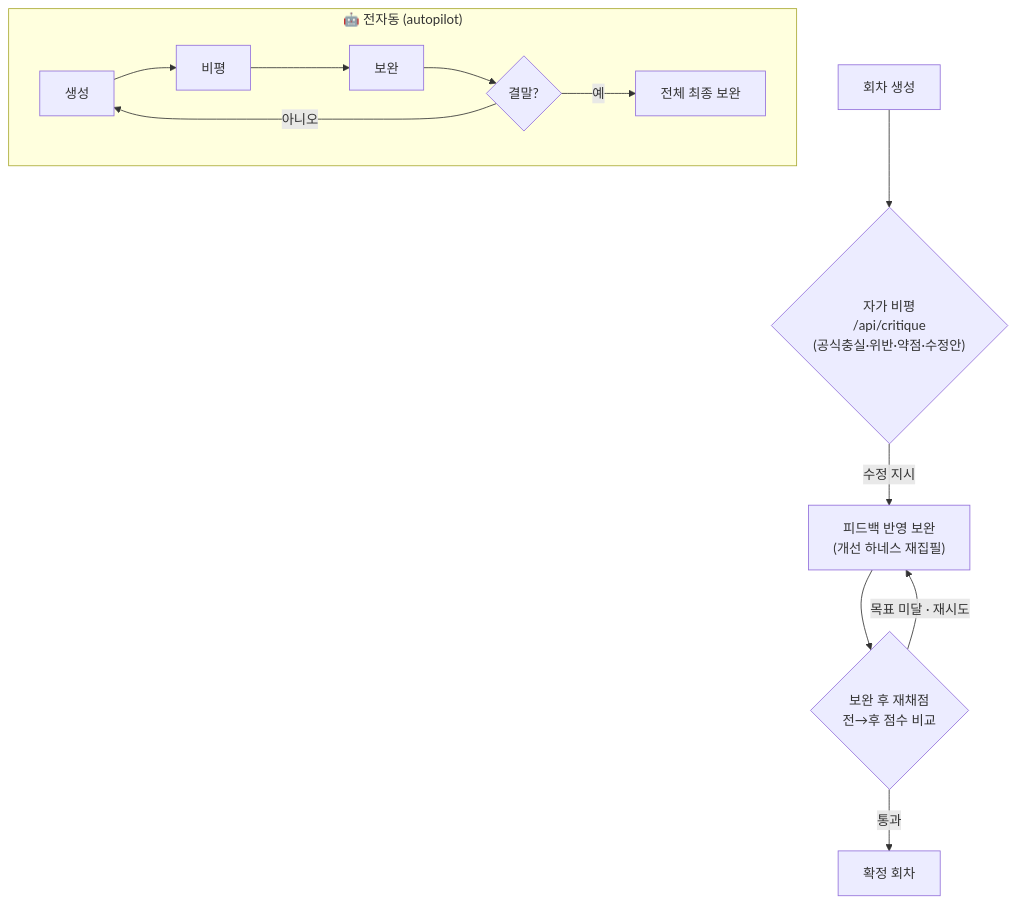
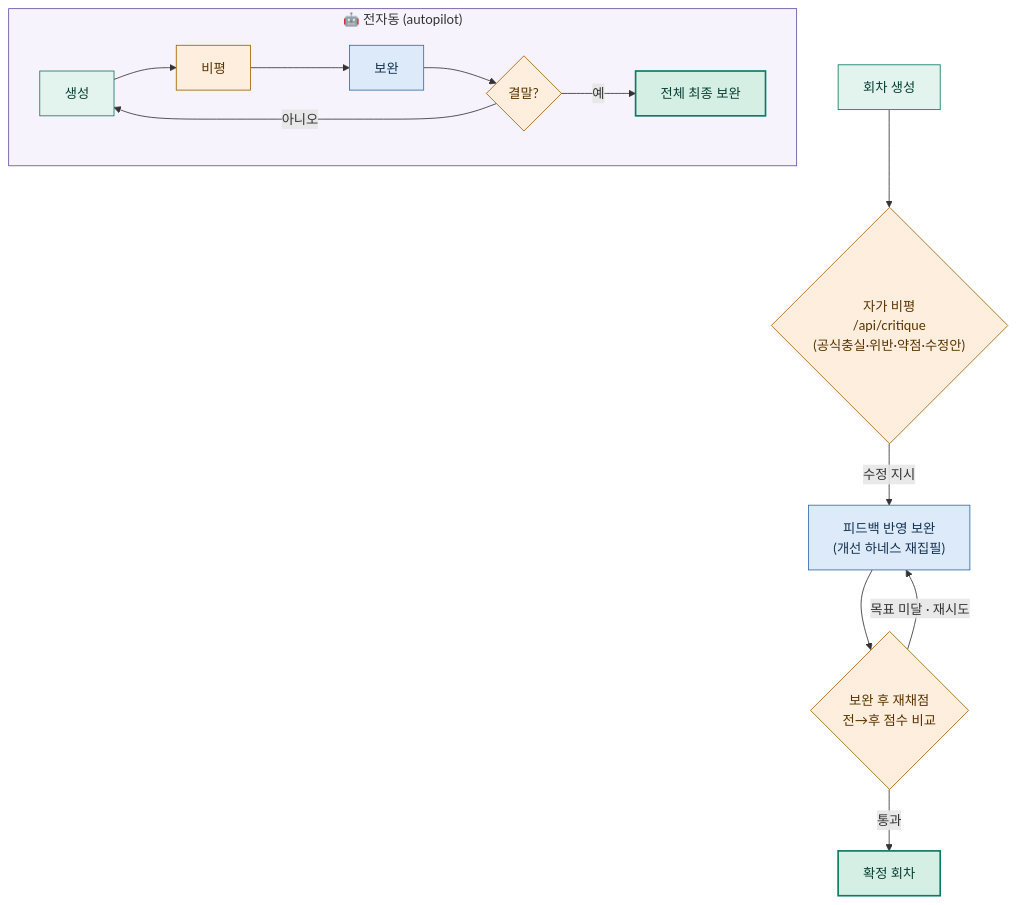
The sixth of 7 diagrams in README.md (swparklab/webnovel-ip-agent), drawn with Mermaid before and after one commit. The commit also changed other lines of this file, not shown here.

First line of the commit message:
docs: 워크플로우 도면 FIG.1~7에 계층별 색상(classDef) 적용

````diff
--- a/README.md
+++ b/README.md
@@ -158,14 +220,24 @@
 ```mermaid
 flowchart TB
     GEN["회차 생성"] --> CR{"자가 비평<br/>/api/critique<br/>(공식충실·위반·약점·수정안)"}
     CR -->|"수정 지시"| RV["피드백 반영 보완<br/>(개선 하네스 재집필)"]
     RV --> CR2{"보완 후 재채점<br/>전→후 점수 비교"}
     CR2 -->|"목표 미달 · 재시도"| RV
     CR2 -->|"통과"| OUT["확정 회차"]
     subgraph AUTO["🤖 전자동 (autopilot)"]
         direction LR
         L1["생성"] --> L2["비평"] --> L3["보완"] --> L4{"결말?"}
         L4 -->|"아니오"| L1
         L4 -->|"예"| L5["전체 최종 보완"]
     end
+
+    classDef gen fill:#e3f4ee,stroke:#0c7b63,color:#063d31
+    classDef judge fill:#fdeede,stroke:#a55f00,color:#5a3300
+    classDef fix fill:#dceafa,stroke:#2f6db0,color:#13314f
+    classDef done fill:#d6efe5,stroke:#0c7b63,stroke-width:2px,color:#063d31
+    class GEN,L1 gen
+    class CR,CR2,L2,L4 judge
+    class RV,L3 fix
+    class OUT,L5 done
+    style AUTO fill:#f6f3fc,stroke:#6b4ea5
 ```
````
